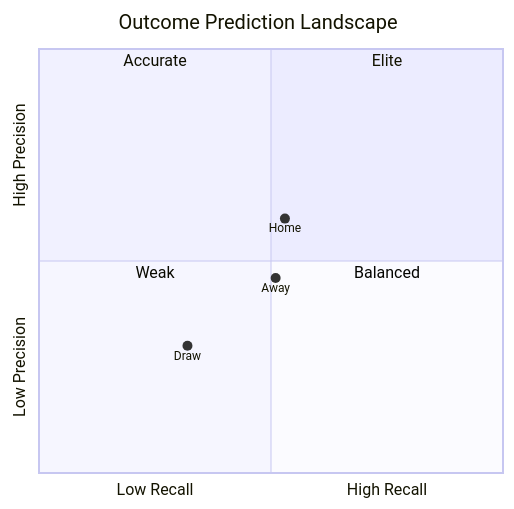
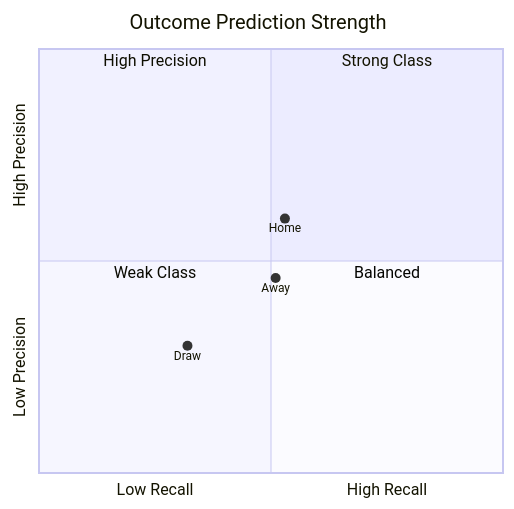
One commit to sai-ganesh-4539/StatVault changed the third of 8 diagrams in Match_Prediction_Intelligence.md. Above: the diagram before and after it, drawn with Mermaid. The commit also changed other lines of this file, not shown here.

````diff
--- a/Match_Prediction_Intelligence.md
+++ b/Match_Prediction_Intelligence.md
@@ -211,16 +129,17 @@
 ```mermaid
 quadrantChart
-title Outcome Prediction Landscape
+
+title Outcome Prediction Strength
 
 x-axis Low Recall --> High Recall
 y-axis Low Precision --> High Precision
 
-quadrant-1 Elite
-quadrant-2 Accurate
-quadrant-3 Weak
+quadrant-1 Strong Class
+quadrant-2 High Precision
+quadrant-3 Weak Class
 quadrant-4 Balanced
 
 Home:[0.53,0.60]
 Draw:[0.32,0.30]
 Away:[0.51,0.46]
 ```
````
